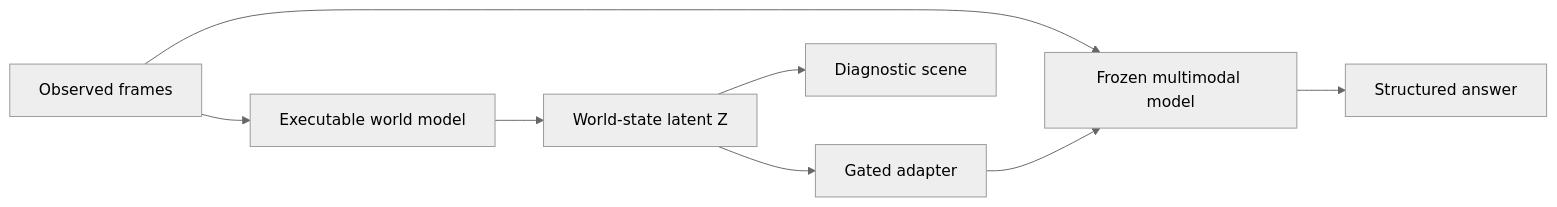
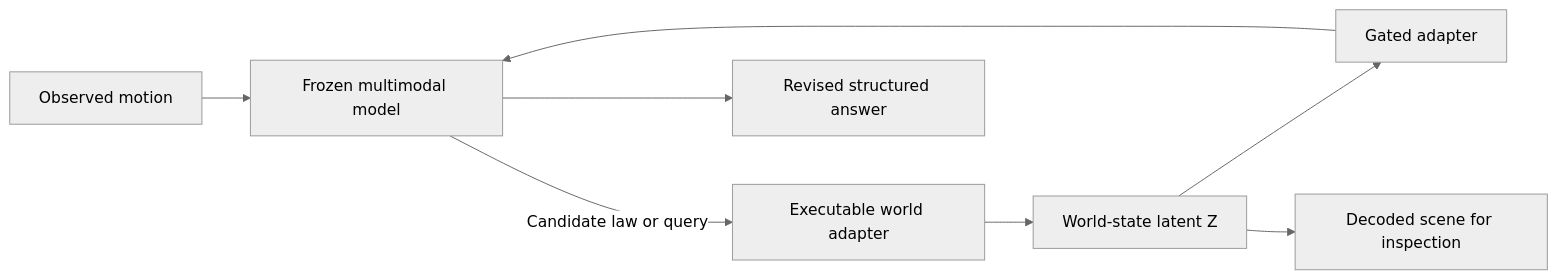
One commit to perfect7613/jump-research changed the first of 2 diagrams in README.md. Above: the diagram before and after it, drawn with Mermaid (neutral theme). The commit also changed other lines of this file, not shown here.

````diff
--- a/README.md
+++ b/README.md
@@ -47,10 +58,10 @@
 ```mermaid
 flowchart LR
-    O[Observed frames] --> M[Frozen multimodal model]
-    O --> W[Executable world model]
+    O[Observed motion] --> M[Frozen multimodal model]
+    M -->|Candidate law or query| W[Executable world adapter]
     W --> Z[World-state latent Z]
     Z --> A[Gated adapter]
     A --> M
-    M --> S[Structured answer]
-    Z --> D[Diagnostic scene]
+    M --> S[Revised structured answer]
+    Z --> D[Decoded scene for inspection]
 ```
````
